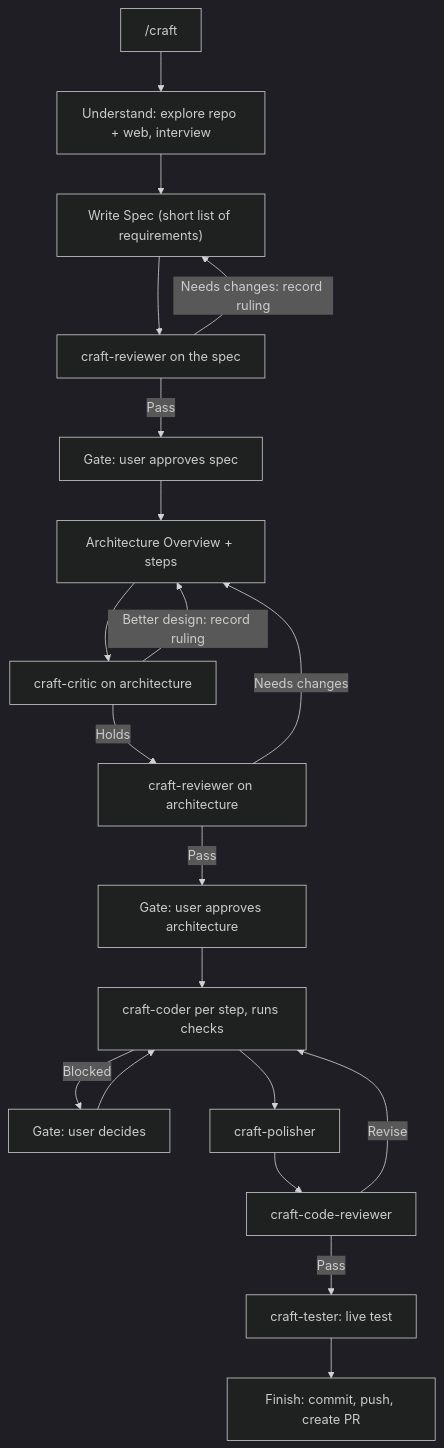
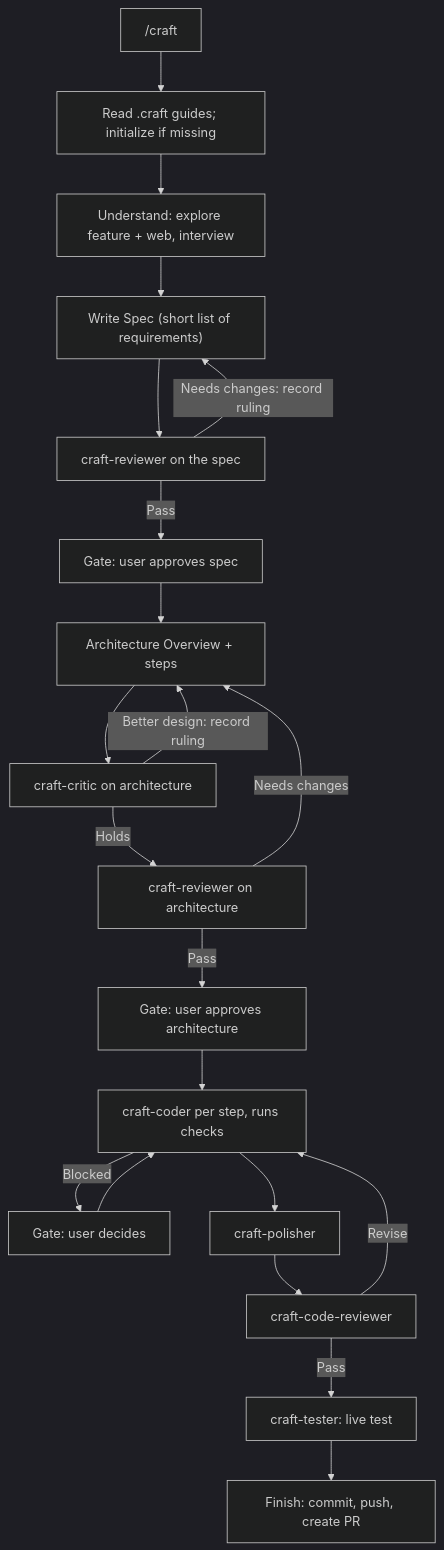
Before and after one commit to AidenHadisi/craft: the diagram in README.md, drawn with Mermaid (dark theme). The commit also changed other lines of this file and 29 other files, not shown here.

Commit message:
feat(craft): add guides and planning workspaces

````diff
--- a/README.md
+++ b/README.md
@@ -36,22 +37,23 @@
 ```mermaid
 flowchart TD
-    start["/craft"] --> understand["Understand: explore repo + web, interview"]
+    start["/craft"] --> context["Read .craft guides; initialize if missing"]
+    context --> understand["Understand: explore feature + web, interview"]
     understand --> spec["Write Spec (short list of requirements)"]
     spec --> specReview["craft-reviewer on the spec"]
     specReview -->|"Needs changes: record ruling"| spec
     specReview -->|Pass| specGate["Gate: user approves spec"]
     specGate --> arch["Architecture Overview + steps"]
     arch --> archCritic["craft-critic on architecture"]
     archCritic -->|"Better design: record ruling"| arch
     archCritic -->|Holds| archReview["craft-reviewer on architecture"]
     archReview -->|"Needs changes"| arch
     archReview -->|Pass| archGate["Gate: user approves architecture"]
     archGate --> coder["craft-coder per step, runs checks"]
     coder -->|Blocked| unblock["Gate: user decides"]
     unblock --> coder
     coder --> polish["craft-polisher"]
     polish --> codeReview["craft-code-reviewer"]
     codeReview -->|Revise| coder
     codeReview -->|Pass| test["craft-tester: live test"]
     test --> finish["Finish: commit, push, create PR"]
 ```
````
